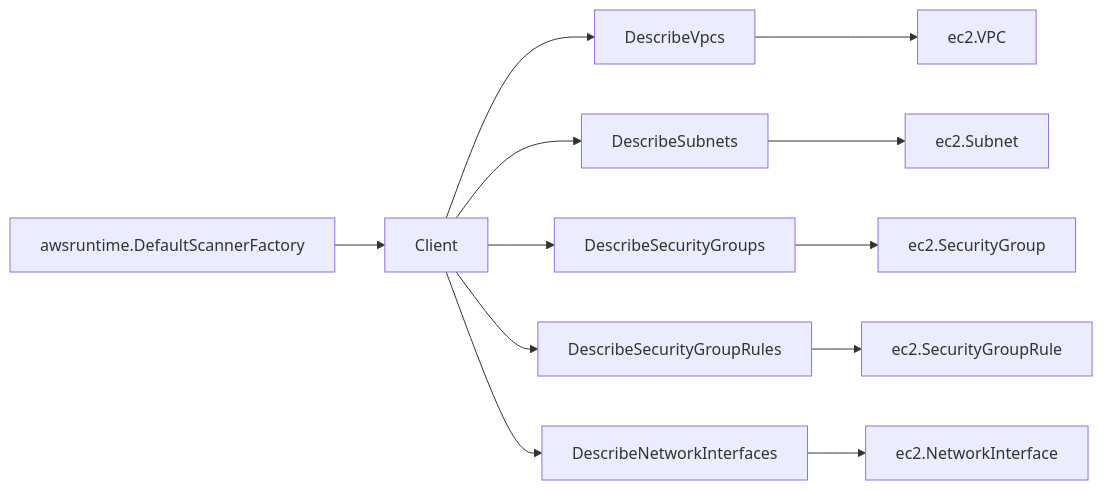
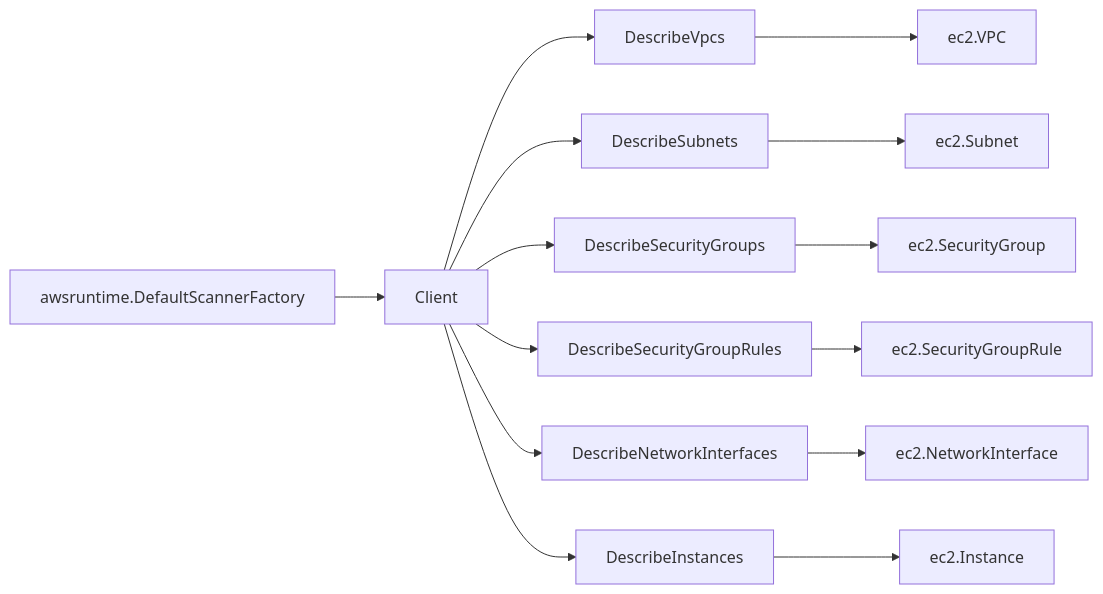
One commit to eshu-hq/eshu changed the diagram in go/internal/collector/awscloud/services/ec2/awssdk/README.md. Above: the diagram before and after it, drawn with Mermaid. The commit also changed other lines of this file and 21 other files, not shown here.

````diff
--- a/go/internal/collector/awscloud/services/ec2/awssdk/README.md
+++ b/go/internal/collector/awscloud/services/ec2/awssdk/README.md
@@ -15,14 +15,16 @@
 ```mermaid
 flowchart LR
   A["awsruntime.DefaultScannerFactory"] --> B["Client"]
   B --> C["DescribeVpcs"]
   B --> D["DescribeSubnets"]
   B --> E["DescribeSecurityGroups"]
   B --> F["DescribeSecurityGroupRules"]
   B --> G["DescribeNetworkInterfaces"]
+  B --> M["DescribeInstances"]
   C --> H["ec2.VPC"]
   D --> I["ec2.Subnet"]
   E --> J["ec2.SecurityGroup"]
   F --> K["ec2.SecurityGroupRule"]
   G --> L["ec2.NetworkInterface"]
+  M --> N["ec2.Instance"]
 ```
````
